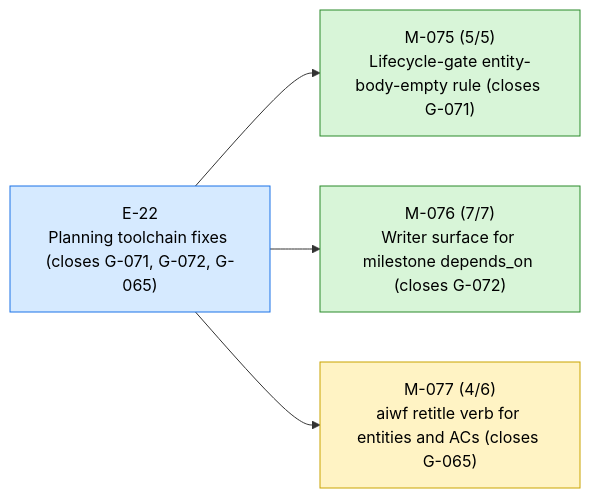
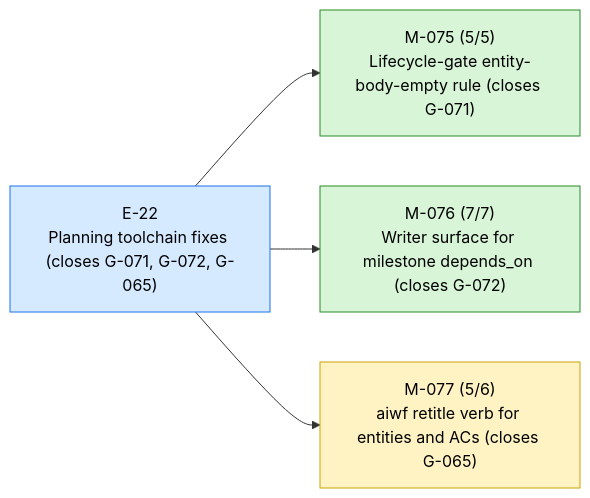
Before and after one commit to 23min/aiwf: the first of 3 diagrams in STATUS.md, drawn with Mermaid. The commit also changed other lines of this file and 1 other file, not shown here.

First line of the commit message:
aiwf promote M-077/AC-3 open -> met

````diff
--- a/STATUS.md
+++ b/STATUS.md
@@ -13,16 +13,16 @@
 ```mermaid
 flowchart LR
   E_22["E-22<br/>Planning toolchain fixes (closes G-071, G-072, G-065)"]:::epic_active
   M_075["M-075 (5/5)<br/>Lifecycle-gate entity-body-empty rule (closes G-071)"]:::ms_done
   E_22 --> M_075
   M_076["M-076 (7/7)<br/>Writer surface for milestone depends_on (closes G-072)"]:::ms_done
   E_22 --> M_076
-  M_077["M-077 (4/6)<br/>aiwf retitle verb for entities and ACs (closes G-065)"]:::ms_in_progress
+  M_077["M-077 (5/6)<br/>aiwf retitle verb for entities and ACs (closes G-065)"]:::ms_in_progress
   E_22 --> M_077
   classDef epic_active fill:#d6eaff,stroke:#1a73e8,color:#000
   classDef epic_proposed fill:#f4f4f4,stroke:#888,color:#000
   classDef ms_done fill:#d8f5d8,stroke:#2a8a2a,color:#000
   classDef ms_in_progress fill:#fff3c4,stroke:#caa400,color:#000
   classDef ms_draft fill:#f4f4f4,stroke:#888,color:#000
   classDef ms_cancelled fill:#fbeaea,stroke:#c33,color:#000
 ```
````
